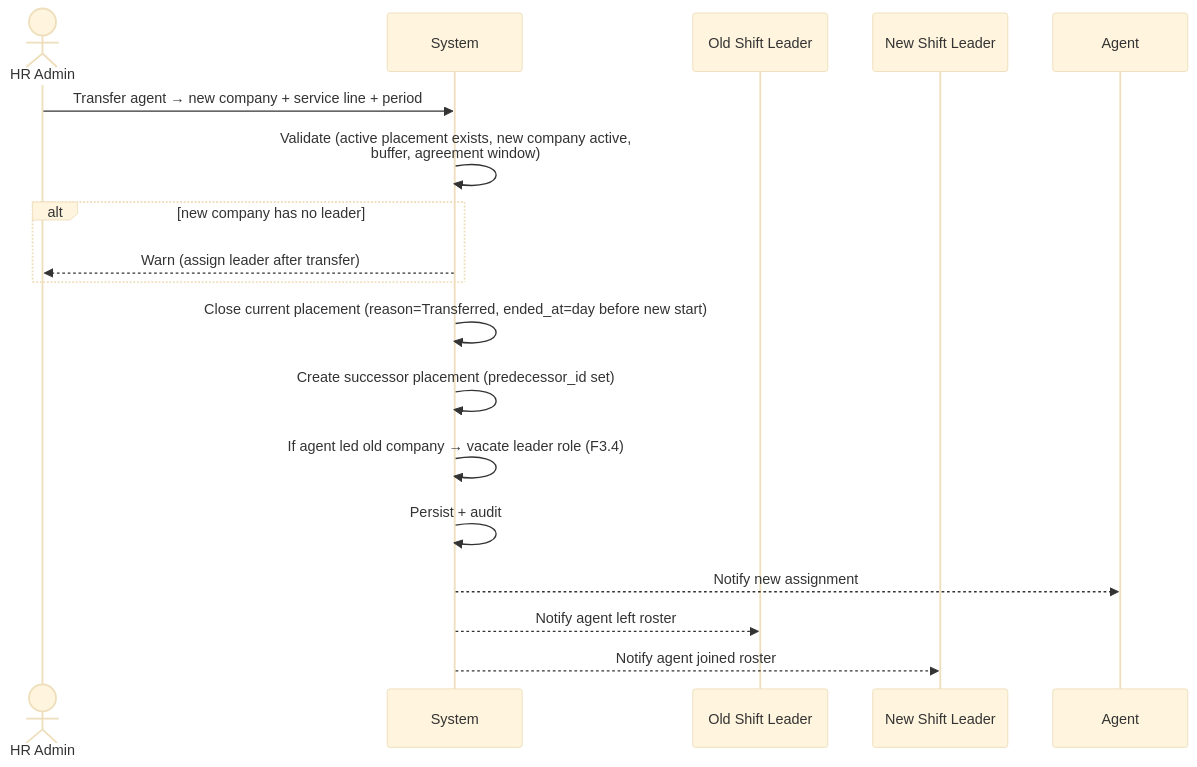
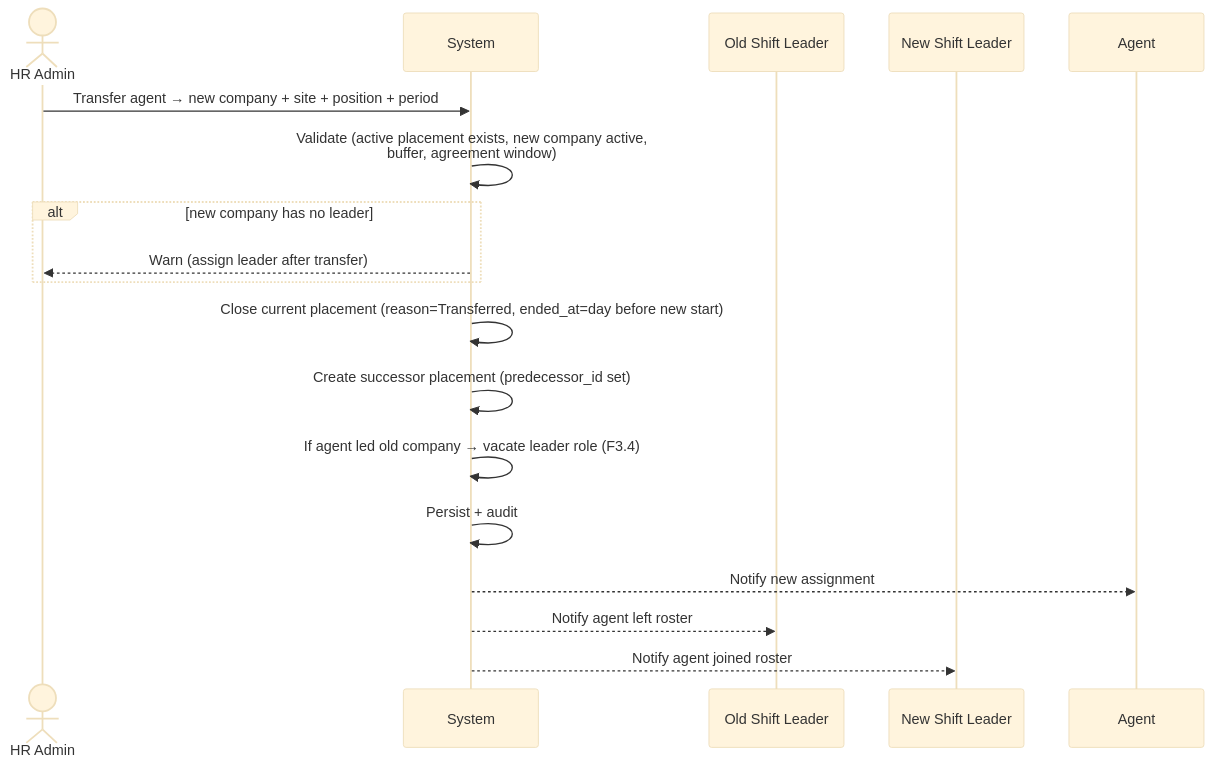
Before and after one commit to hariszaki17/hris-outsource: the diagram in docs/epics/E3-placement/prds/replacement-transfer.md, drawn with Mermaid (base theme). The commit also changed other lines of this file and 239 other files, not shown here.

First line of the commit message:
feat!: remove service line concept end-to-end

````diff
--- a/docs/epics/E3-placement/prds/replacement-transfer.md
+++ b/docs/epics/E3-placement/prds/replacement-transfer.md
@@ -33,20 +33,20 @@
 ```mermaid
 sequenceDiagram
     actor HR as HR Admin
     participant SYS as System
     participant OLD as Old Shift Leader
     participant NEW as New Shift Leader
     participant AG as Agent
-    HR->>SYS: Transfer agent → new company + service line + period
+    HR->>SYS: Transfer agent → new company + site + position + period
     SYS->>SYS: Validate (active placement exists, new company active,<br/>buffer, agreement window)
     alt new company has no leader
         SYS-->>HR: Warn (assign leader after transfer)
     end
     SYS->>SYS: Close current placement (reason=Transferred, ended_at=day before new start)
     SYS->>SYS: Create successor placement (predecessor_id set)
     SYS->>SYS: If agent led old company → vacate leader role (F3.4)
     SYS->>SYS: Persist + audit
     SYS-->>AG: Notify new assignment
     SYS-->>OLD: Notify agent left roster
     SYS-->>NEW: Notify agent joined roster
 ```
````
